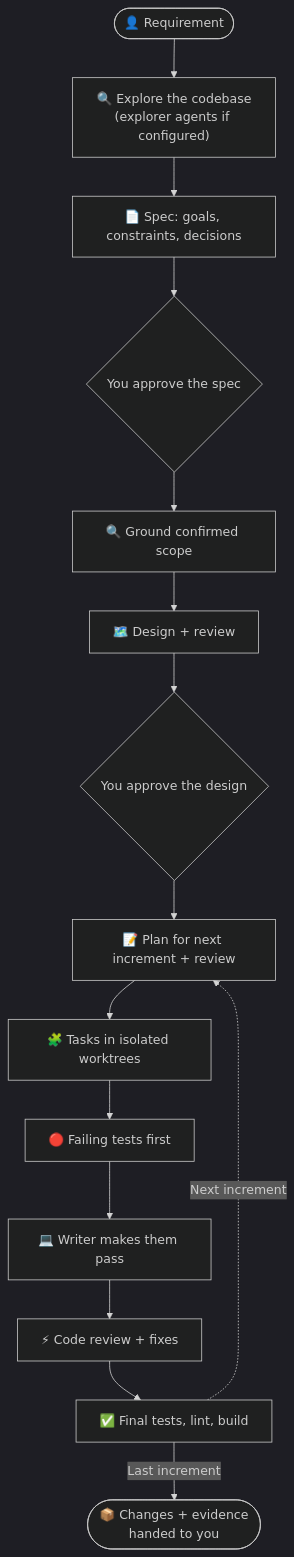
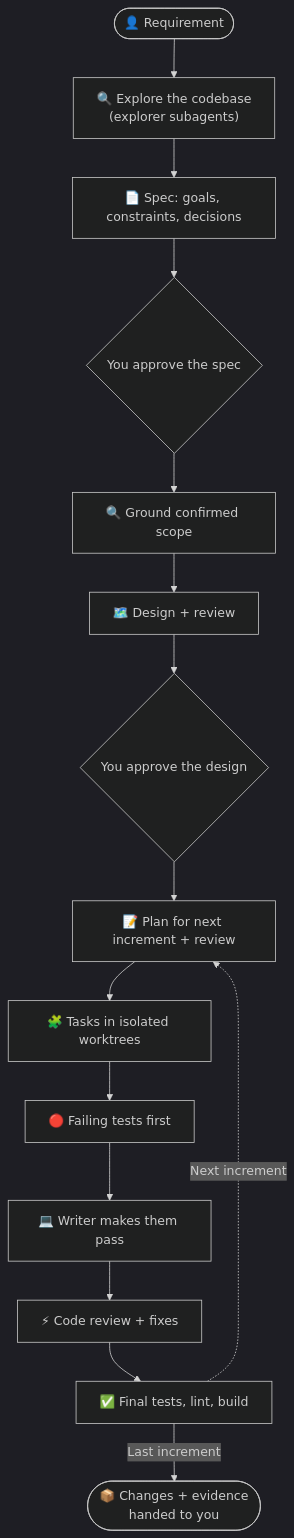
Before and after one commit to Gyunikuchan/dispatch-skills: the diagram in README.md, drawn with Mermaid (dark theme). The commit also changed other lines of this file and 39 other files, not shown here.

````diff
--- a/README.md
+++ b/README.md
@@ -24,17 +27,17 @@
 ```mermaid
 flowchart TD
-    User(["👤 Requirement"]) --> Ground["🔍 Explore the codebase<br/>(explorer agents if configured)"]
+    User(["👤 Requirement"]) --> Ground["🔍 Explore the codebase<br/>(explorer subagents)"]
     Ground --> Spec["📄 Spec: goals, constraints, decisions"]
     Spec --> SpecGate{"You approve the spec"}
     SpecGate --> ScopeGround["🔍 Ground confirmed scope"]
     ScopeGround --> Design["🗺️ Design + review"]
     Design --> DesignGate{"You approve the design"}
     DesignGate --> Plan["📝 Plan for next increment + review"]
     Plan --> Tasks["🧩 Tasks in isolated worktrees"]
     Tasks --> Red["🔴 Failing tests first"]
     Red --> Green["💻 Writer makes them pass"]
     Green --> CodeReview["⚡ Code review + fixes"]
     CodeReview --> Final["✅ Final tests, lint, build"]
     Final -.->|Next increment| Plan
     Final -->|Last increment| Handoff(["📦 Changes + evidence<br/>handed to you"])
 ```
````
